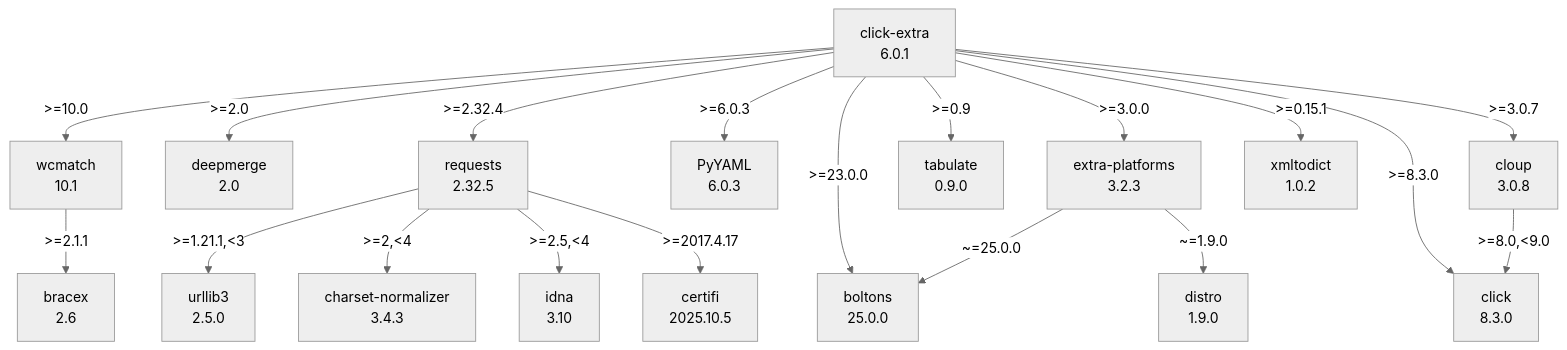
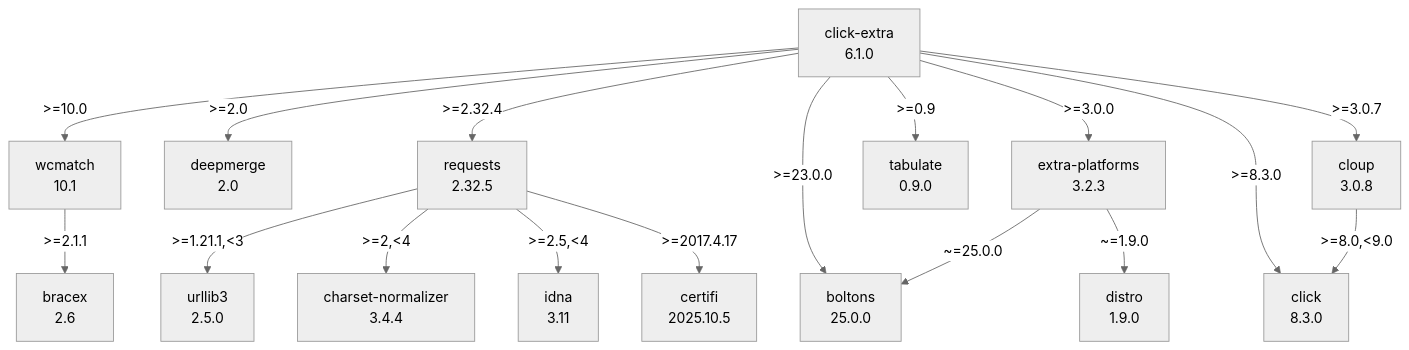
Before and after one commit to kdeldycke/click-extra: the diagram in docs/assets/dependencies.mmd, drawn with Mermaid (neutral theme).

Commit message:
[autofix] Regenerate dependency graph

```diff
--- a/docs/assets/dependencies.mmd
+++ b/docs/assets/dependencies.mmd
@@ -1,37 +1,33 @@
 flowchart TD
     classDef missing stroke-dasharray: 5
     boltons["boltons\n25.0.0"]
     bracex["bracex\n2.6"]
     certifi["certifi\n2025.10.5"]
-    charset-normalizer["charset-normalizer\n3.4.3"]
-    click-extra["click-extra\n6.0.1"]
+    charset-normalizer["charset-normalizer\n3.4.4"]
+    click-extra["click-extra\n6.1.0"]
     click_0["click\n8.3.0"]
     cloup["cloup\n3.0.8"]
     deepmerge["deepmerge\n2.0"]
     distro["distro\n1.9.0"]
     extra-platforms["extra-platforms\n3.2.3"]
-    idna["idna\n3.10"]
-    pyyaml["PyYAML\n6.0.3"]
+    idna["idna\n3.11"]
     requests["requests\n2.32.5"]
     tabulate["tabulate\n0.9.0"]
     urllib3["urllib3\n2.5.0"]
     wcmatch["wcmatch\n10.1"]
-    xmltodict["xmltodict\n1.0.2"]
-    click-extra -- ">=0.15.1" --> xmltodict
     click-extra -- ">=0.9" --> tabulate
     click-extra -- ">=10.0" --> wcmatch
     click-extra -- ">=2.0" --> deepmerge
     click-extra -- ">=2.32.4" --> requests
     click-extra -- ">=23.0.0" --> boltons
     click-extra -- ">=3.0.0" --> extra-platforms
     click-extra -- ">=3.0.7" --> cloup
-    click-extra -- ">=6.0.3" --> pyyaml
     click-extra -- ">=8.3.0" --> click_0
     cloup -- ">=8.0,<9.0" --> click_0
     extra-platforms -- "~=1.9.0" --> distro
     extra-platforms -- "~=25.0.0" --> boltons
     requests -- ">=1.21.1,<3" --> urllib3
     requests -- ">=2,<4" --> charset-normalizer
     requests -- ">=2.5,<4" --> idna
     requests -- ">=2017.4.17" --> certifi
     wcmatch -- ">=2.1.1" --> bracex
```
